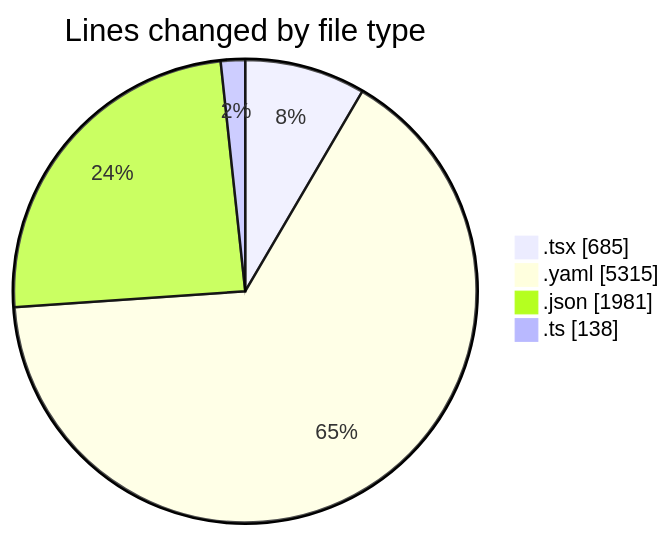
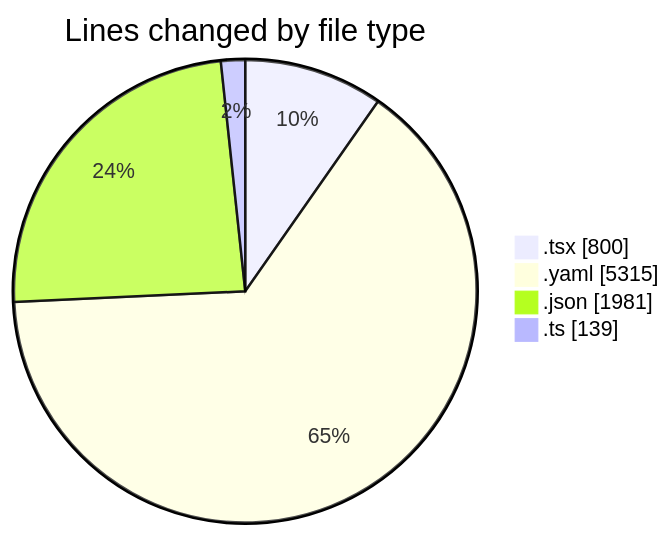
One commit to julien-gomy/code-tracking changed the first of 2 diagrams in 2025-11-07/eventscop-frontend-guide__workspace_/README.md. Above: the diagram before and after it, drawn with Mermaid. The commit also changed other lines of this file and 1 other file, not shown here.

````diff
--- a/2025-11-07/eventscop-frontend-guide__workspace_/README.md
+++ b/2025-11-07/eventscop-frontend-guide__workspace_/README.md
@@ -29,8 +31,8 @@
 ```mermaid
 pie showData
 title Lines changed by file type
-".tsx" : 685
+".tsx" : 800
 ".yaml" : 5315
 ".json" : 1981
-".ts" : 138
+".ts" : 139
 ```
````
